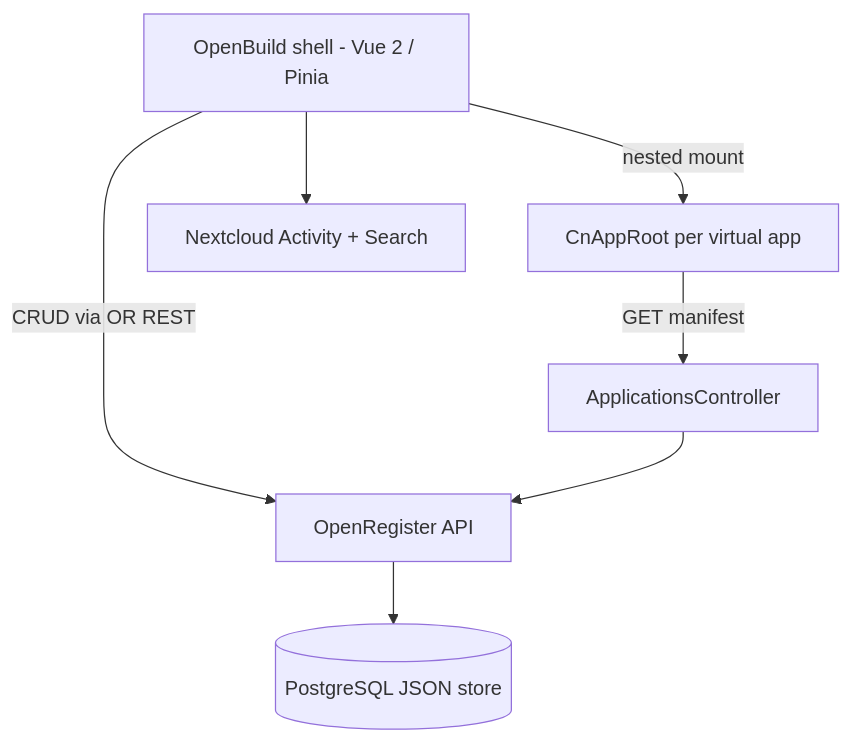
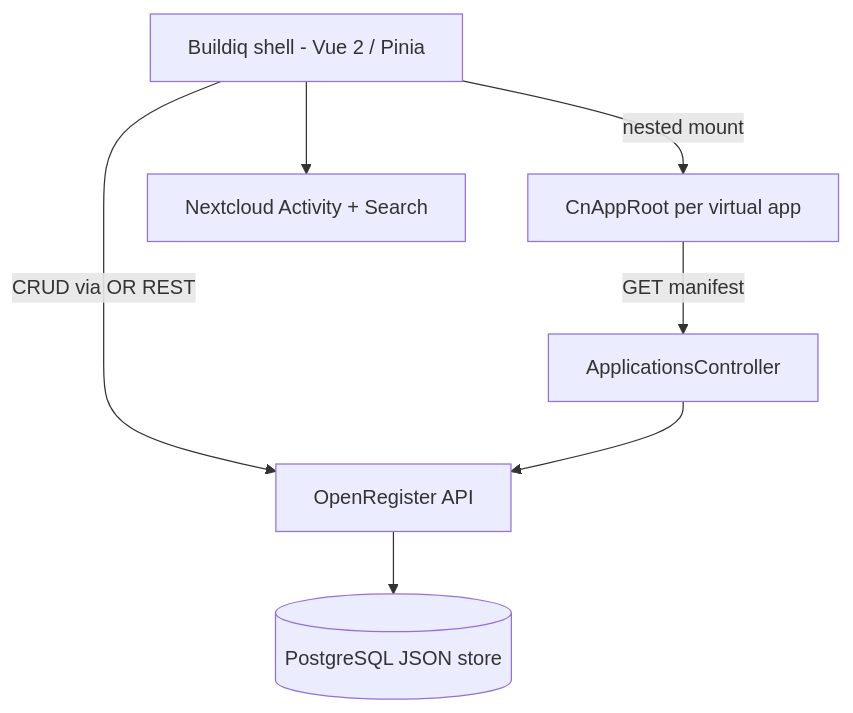
Before and after one commit to ConductionNL/buildiq: the diagram in README.md, drawn with Mermaid. The commit also changed other lines of this file and 943 other files, not shown here.

First line of the commit message:
feat: rename the app id from openbuild to buildiq

````diff
--- a/README.md
+++ b/README.md
@@ -79,9 +79,9 @@
 ```mermaid
 graph TD
-    A[OpenBuild shell - Vue 2 / Pinia] -->|nested mount| B[CnAppRoot per virtual app]
+    A[Buildiq shell - Vue 2 / Pinia] -->|nested mount| B[CnAppRoot per virtual app]
     A -->|CRUD via OR REST| C[OpenRegister API]
     B -->|GET manifest| D[ApplicationsController]
     D --> C
     C --> E[(PostgreSQL JSON store)]
     A --> F[Nextcloud Activity + Search]
 ```
````
